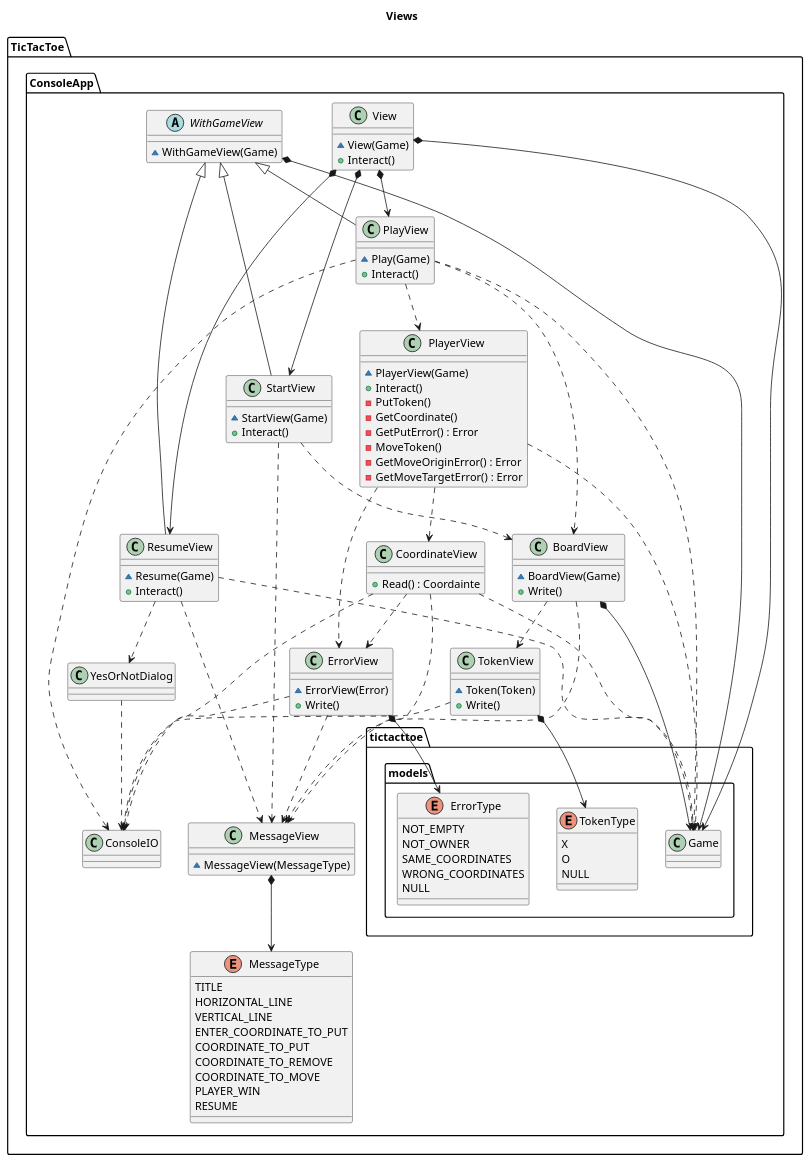
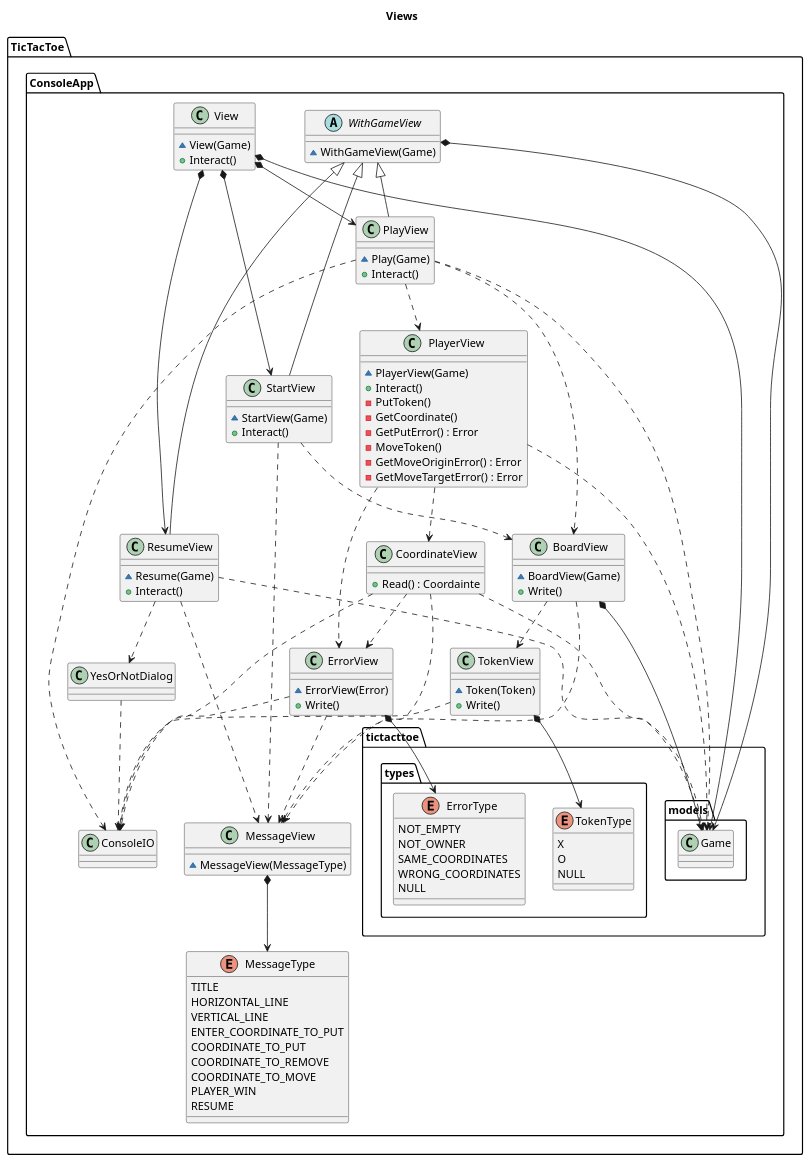
One commit to franpaulinoinfante/MasterSoftwareDevelopment changed the second of 4 diagrams in src/TicTacToe/DocumentView/Basic/TicTacToeNamespace.plantuml. Above: the diagram before and after it, drawn with PlantUML. The commit also changed other lines of this file and 21 other files, not shown here.

Commit message:
update types, utils and models

```diff
--- a/src/TicTacToe/DocumentView/Basic/TicTacToeNamespace.plantuml
+++ b/src/TicTacToe/DocumentView/Basic/TicTacToeNamespace.plantuml
@@ -16,128 +16,128 @@
 @startuml TicTacToe.Views
 title Views
 namespace TicTacToe.ConsoleApp{
     abstract WithGameView{
         ~WithGameView(Game)
     }
     WithGameView *--> tictacttoe.models.Game
     WithGameView <|-- StartView
     WithGameView <|-- PlayView
     WithGameView <|-- ResumeView
     
     class View{
         ~View(Game)
         +Interact()
     }
     View *--> StartView
     View *--> PlayView
     View *--> ResumeView
     View *--> tictacttoe.models.Game
 
     class StartView{
         ~StartView(Game)
         +Interact()
     }
     StartView ..> BoardView
     StartView ..> MessageView
 
      class MessageView{
         ~MessageView(MessageType)
      }
      MessageView *--> MessageType
     
 
     class BoardView{
         ~BoardView(Game)
         +Write()
     }
     BoardView *--> tictacttoe.models.Game
     BoardView ..> TokenView
     BoardView ..> MessageView
 
     class TokenView{
         ~Token(Token)
         +Write()
     }
-    TokenView *--> tictacttoe.models.TokenType
+    TokenView *--> tictacttoe.types.TokenType
     TokenView ..> ConsoleIO
 
     class PlayView{
         ~Play(Game)
         +Interact()
     }
     PlayView ..> tictacttoe.models.Game
     PlayView ..>PlayerView
     PlayView ..> BoardView
     PlayView ..> ConsoleIO
 
     class PlayerView{
         ~PlayerView(Game)
         +Interact()
         -PutToken()
         -GetCoordinate()
         -GetPutError() : Error
         -MoveToken()
         -GetMoveOriginError() : Error
         -GetMoveTargetError() : Error
     }
     PlayerView ..> tictacttoe.models.Game
     PlayerView ..> CoordinateView
     PlayerView ..> ErrorView
 
     class CoordinateView{
         +Read() : Coordainte
     }
     CoordinateView ..> tictacttoe.models.Game
     CoordinateView ..> ErrorView
     CoordinateView ..> MessageView
     CoordinateView ..> ConsoleIO
 
     class ErrorView{
         ~ErrorView(Error)
         +Write()
     }
-    ErrorView *--> tictacttoe.models.ErrorType
+    ErrorView *--> tictacttoe.types.ErrorType
     ErrorView ..> MessageView
     ErrorView ..> ConsoleIO
 
     class ResumeView{
         ~Resume(Game)
         +Interact()
     }
     ResumeView ..> tictacttoe.models.Game
     ResumeView ..> MessageView
     ResumeView ..> YesOrNotDialog
 
     class YesOrNotDialog{
 
     }
     YesOrNotDialog ..> ConsoleIO
 
     enum MessageType{
     TITLE
     HORIZONTAL_LINE
     VERTICAL_LINE
     ENTER_COORDINATE_TO_PUT
     COORDINATE_TO_PUT
     COORDINATE_TO_REMOVE
     COORDINATE_TO_MOVE
     PLAYER_WIN
     RESUME
     }
 
-    enum tictacttoe.models.TokenType{
+    enum tictacttoe.types.TokenType{
         X
         O
         NULL
     }
 
-    enum tictacttoe.models.ErrorType{
+    enum tictacttoe.types.ErrorType{
         NOT_EMPTY
         NOT_OWNER
         SAME_COORDINATES
         WRONG_COORDINATES
         NULL
 
     }
 }
 @enduml
```
